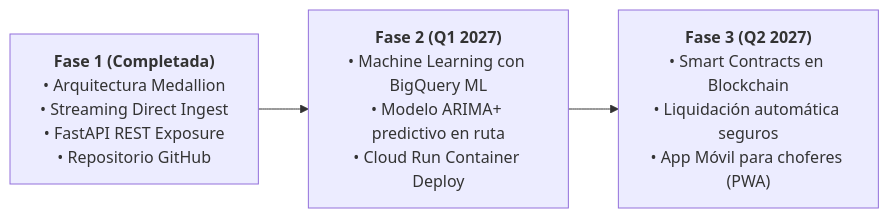
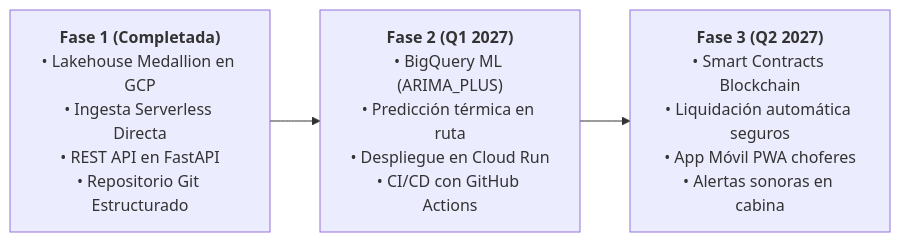
Before and after one commit to gsoto1872-blip/iot-coldchain: the fifth of 5 diagrams in informe/SLIDES_SUSTENTACION.md, drawn with Mermaid. The commit also changed other lines of this file and 1 other file, not shown here.

````diff
--- a/informe/SLIDES_SUSTENTACION.md
+++ b/informe/SLIDES_SUSTENTACION.md
@@ -286,5 +424,5 @@
 ```mermaid
 flowchart LR
-    F1["<b>Fase 1 (Completada)</b><br/>• Arquitectura Medallion<br/>• Streaming Direct Ingest<br/>• FastAPI REST Exposure<br/>• Repositorio GitHub"] --> F2["<b>Fase 2 (Q1 2027)</b><br/>• Machine Learning con BigQuery ML<br/>• Modelo ARIMA+ predictivo en ruta<br/>• Cloud Run Container Deploy"]
-    F2 --> F3["<b>Fase 3 (Q2 2027)</b><br/>• Smart Contracts en Blockchain<br/>• Liquidación automática seguros<br/>• App Móvil para choferes (PWA)"]
+    F1["<b>Fase 1 (Completada)</b><br/>• Lakehouse Medallion en GCP<br/>• Ingesta Serverless Directa<br/>• REST API en FastAPI<br/>• Repositorio Git Estructurado"] --> F2["<b>Fase 2 (Q1 2027)</b><br/>• BigQuery ML (ARIMA_PLUS)<br/>• Predicción térmica en ruta<br/>• Despliegue en Cloud Run<br/>• CI/CD con GitHub Actions"]
+    F2 --> F3["<b>Fase 3 (Q2 2027)</b><br/>• Smart Contracts Blockchain<br/>• Liquidación automática seguros<br/>• App Móvil PWA choferes<br/>• Alertas sonoras en cabina"]
 ```
````
